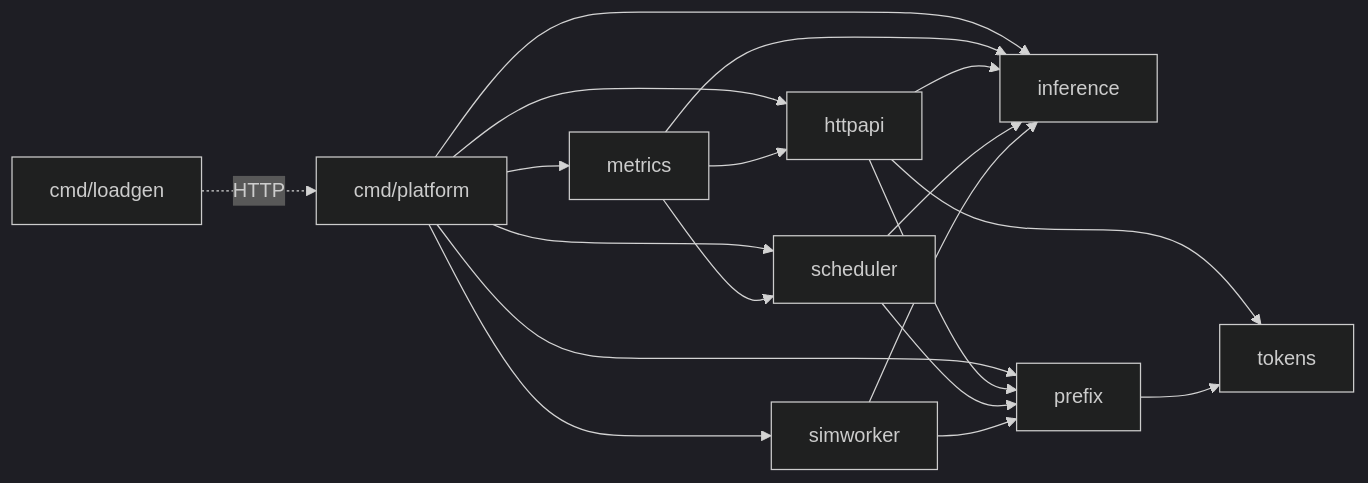
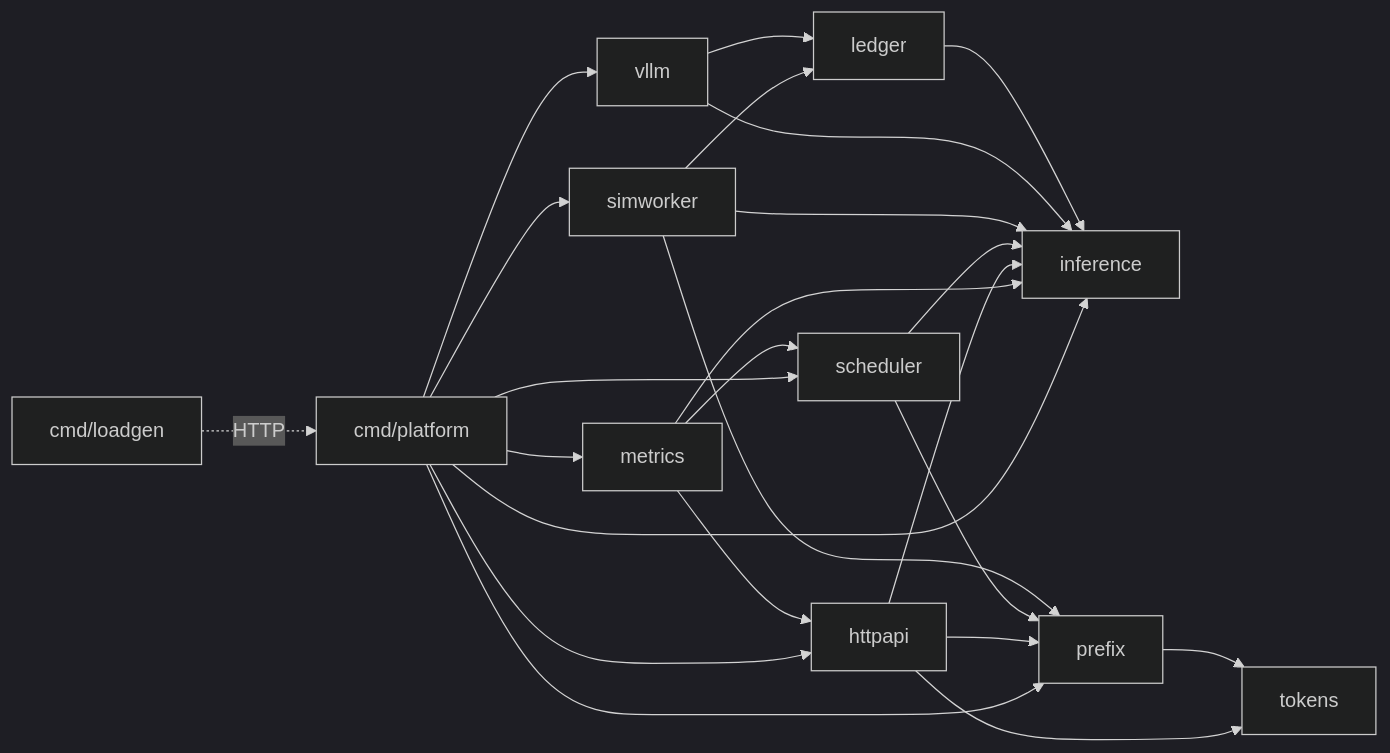
The second of 2 diagrams in docs/servicio/01-arquitectura.md (esnchez/llm-inference-platform), drawn with Mermaid (dark theme) before and after one commit. The commit also changed other lines of this file and 42 other files, not shown here.

````diff
--- a/docs/servicio/01-arquitectura.md
+++ b/docs/servicio/01-arquitectura.md
@@ -61,10 +66,13 @@
 ```mermaid
 flowchart LR
     main[cmd/platform] --> httpapi & scheduler & simworker & inference & prefix & metrics
     metrics --> httpapi & scheduler & inference
     loadgen[cmd/loadgen] -. HTTP .-> main
     httpapi --> inference & tokens & prefix
     scheduler --> inference & prefix
-    simworker --> inference & prefix
+    simworker --> inference & prefix & ledger
+    vllm --> inference & ledger
+    ledger --> inference
+    main --> vllm
     prefix --> tokens
 ```
````
